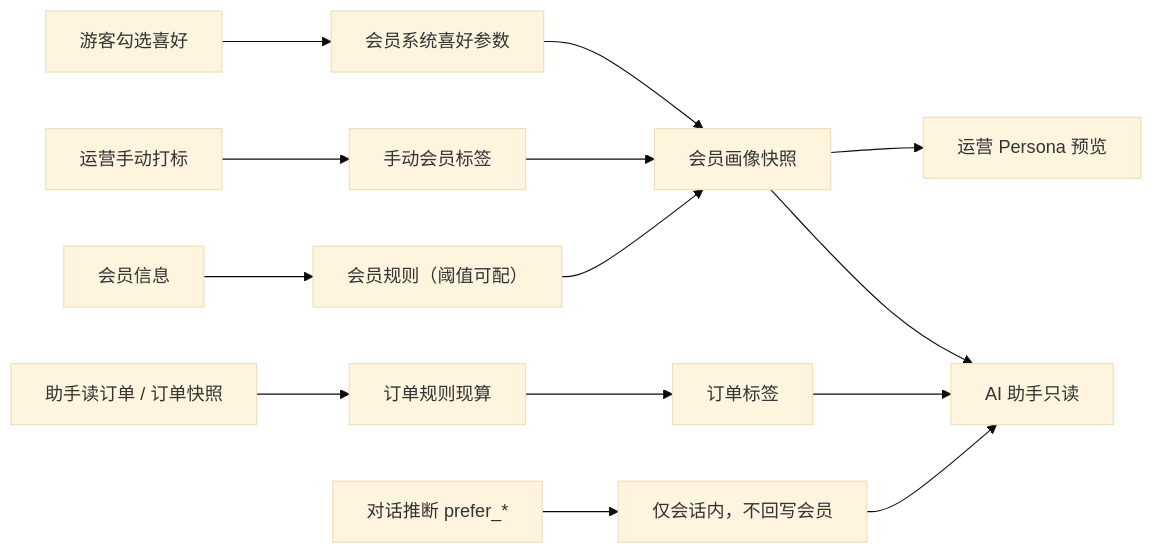
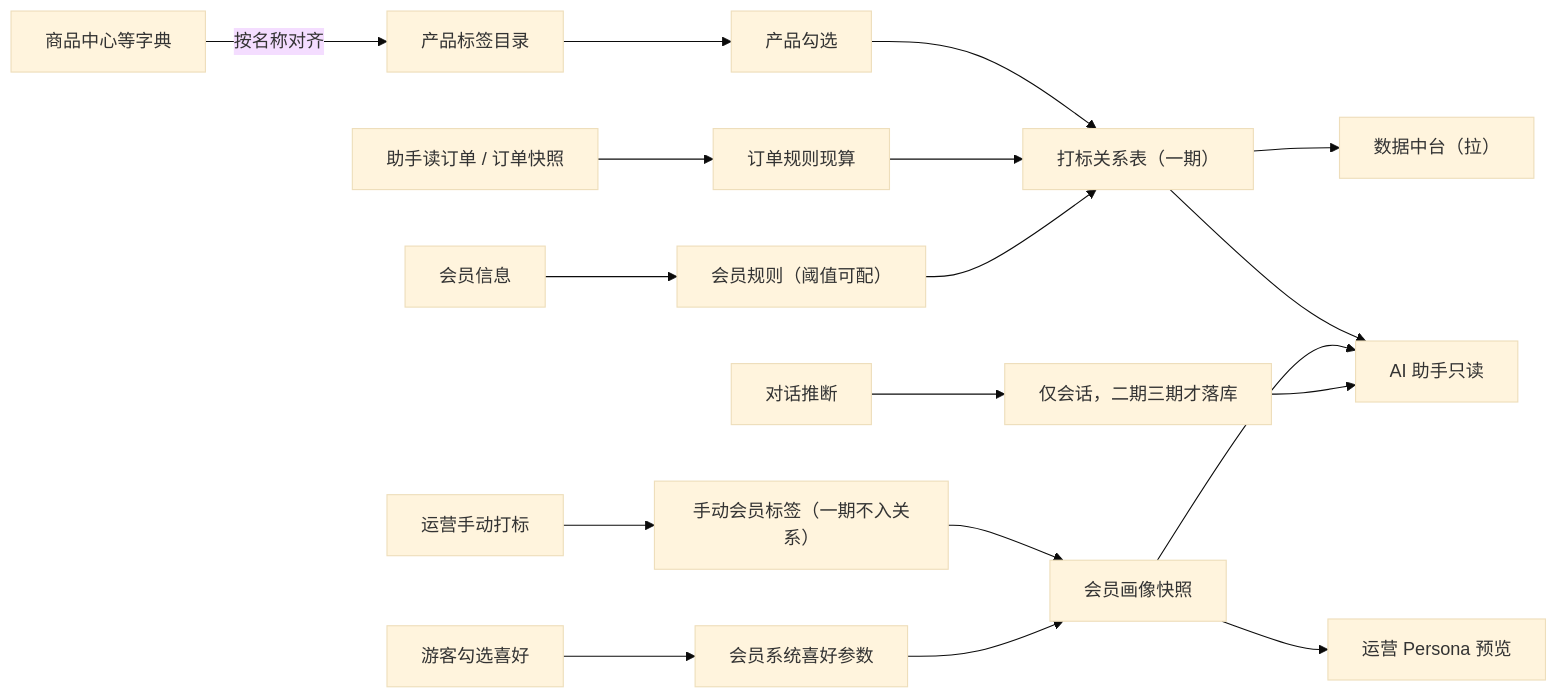
Before and after one commit to nannan0410/AI_Service: the fourth of 4 diagrams in docs/AI助手与地图导览-画像标签-细化方案.md, drawn with Mermaid (base theme). The commit also changed other lines of this file and 8 other files, not shown here.

````diff
--- a/docs/AI助手与地图导览-画像标签-细化方案.md
+++ b/docs/AI助手与地图导览-画像标签-细化方案.md
@@ -508,15 +544,20 @@
 ```mermaid
 flowchart LR
   OrderRead["助手读订单 / 订单快照"] --> OrderRule["订单规则现算"]
   Member["会员信息"] --> FactRule["会员规则（阈值可配）"]
-  Manual["运营手动打标"] --> ManualTag["手动会员标签"]
+  Manual["运营手动打标"] --> ManualTag["手动会员标签（一期不入关系）"]
   PreferUI["游客勾选喜好"] --> MemberPref["会员系统喜好参数"]
-  ChatLight["对话推断 prefer_*"] --> SessionOnly["仅会话内，不回写会员"]
-  OrderRule --> OrderTags["订单标签"]
-  FactRule & ManualTag --> Center["会员画像快照"]
+  ChatLight["对话推断"] --> SessionOnly["仅会话，二期三期才落库"]
+  ProductPick["产品勾选"] --> RelStore["打标关系表（一期）"]
+  BizDict["商品中心等字典"] -->|"按名称对齐"| ProductCat["产品标签目录"]
+  ProductCat --> ProductPick
+  OrderRule --> RelStore
+  FactRule --> RelStore
+  RelStore --> Mid["数据中台（拉）"]
+  RelStore --> Assistant["AI 助手只读"]
+  ManualTag --> Center["会员画像快照"]
   MemberPref --> Center
-  OrderTags --> Assistant["AI 助手只读"]
   Center --> Assistant
   SessionOnly --> Assistant
   Center --> OpsUI["运营 Persona 预览"]
 ```
````
